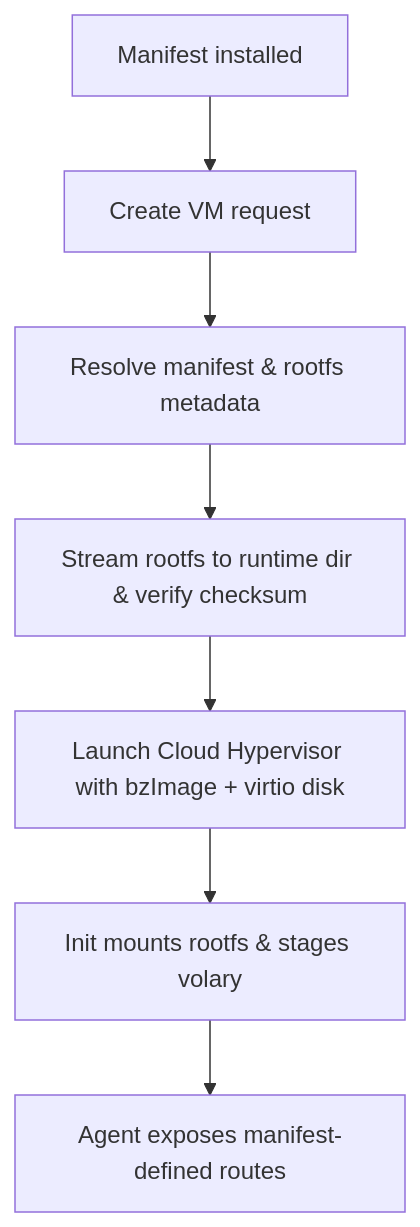
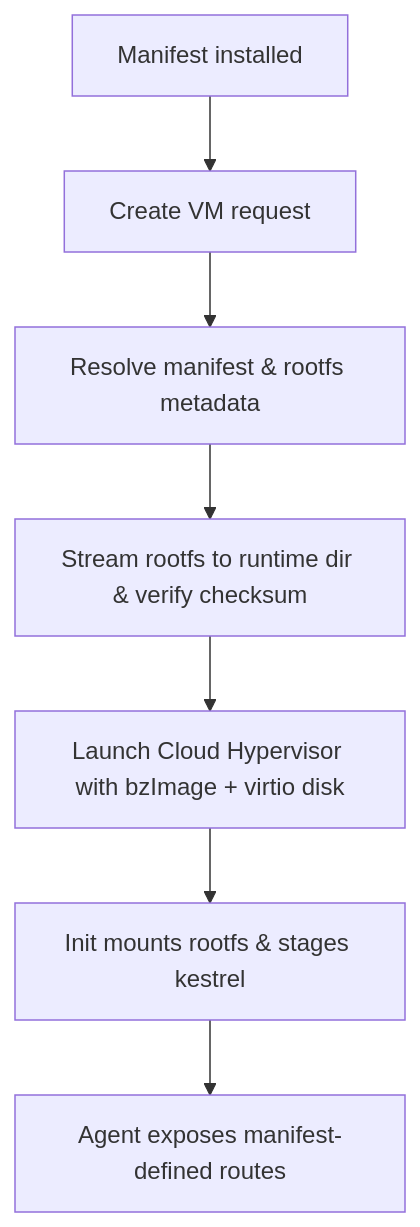
The diagram in docs/architecture/Image Pipeline.md (ccheshirecat/volant), drawn with Mermaid before and after one commit. The commit also changed other lines of this file and 19 other files, not shown here.

````diff
--- a/docs/architecture/Image Pipeline.md
+++ b/docs/architecture/Image Pipeline.md
@@ -27,9 +27,9 @@
 ```mermaid
 graph TD
     A[Manifest installed] --> B[Create VM request]
     B --> C[Resolve manifest & rootfs metadata]
     C --> D[Stream rootfs to runtime dir & verify checksum]
     D --> E[Launch Cloud Hypervisor with bzImage + virtio disk]
-    E --> F[Init mounts rootfs & stages volary]
+    E --> F[Init mounts rootfs & stages kestrel]
     F --> G[Agent exposes manifest-defined routes]
 ```
````
